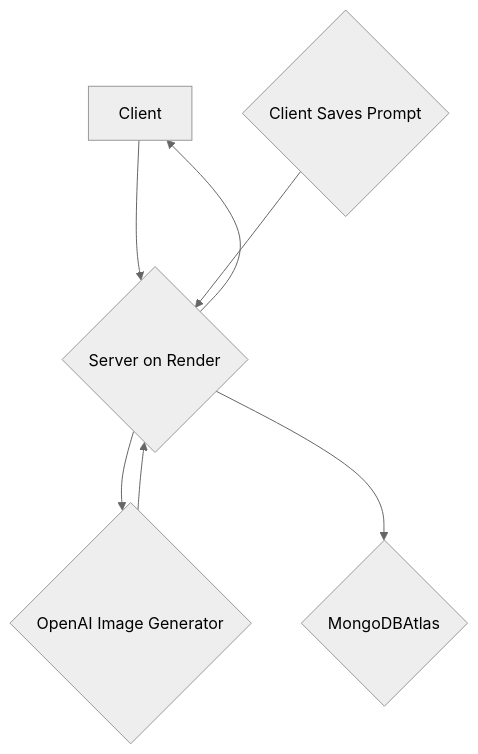
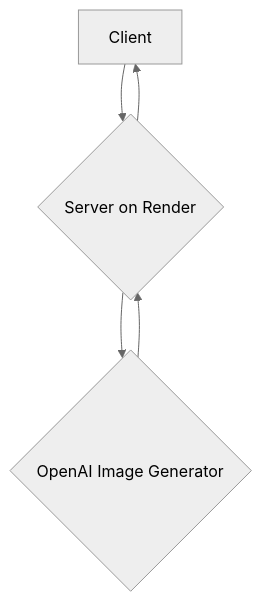
Before and after one commit to Full-Stack-Fluency/OpenImg-FrontEnd: the first of 2 diagrams in README.md, drawn with Mermaid (neutral theme). The commit also changed other lines of this file, not shown here.

````diff
--- a/README.md
+++ b/README.md
@@ -5,9 +5,7 @@
 ```mermaid
 flowchart TD
     A[Client] --> B{Server on Render};
     B --> C{OpenAI Image Generator};
     C --> B;
     B --> A;
-    D{Client Saves Prompt} --> B
-    B --> E{MongoDBAtlas}
 ```
````
